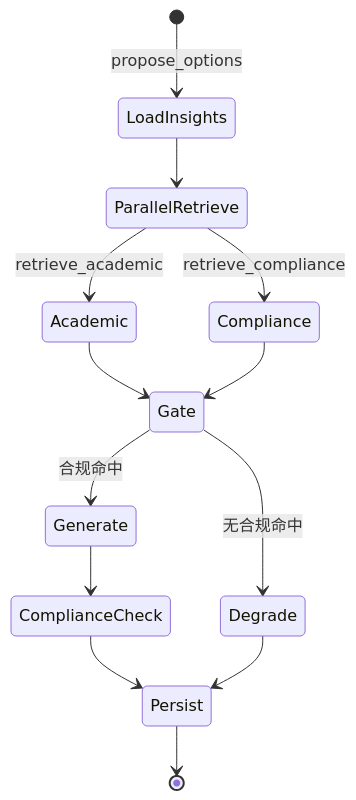
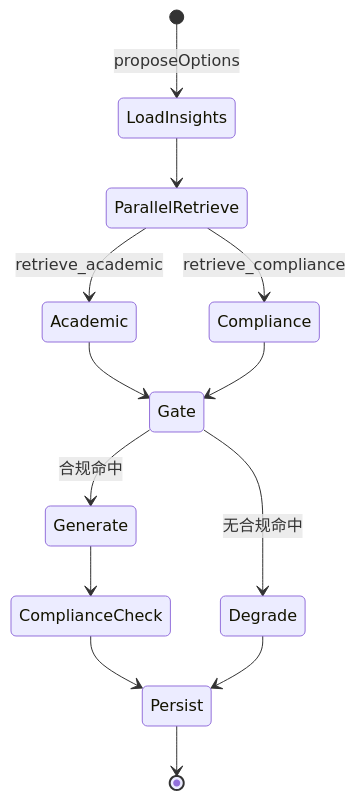
The second of 3 diagrams in specs/3.architecture.md (ethanhuangcst/hcp-engagement-agent), drawn with Mermaid before and after one commit. The commit also changed other lines of this file and 44 other files, not shown here.

First line of the commit message:
Polish MVP-4 UX and align architecture docs with the running stack.

````diff
--- a/specs/3.architecture.md
+++ b/specs/3.architecture.md
@@ -305,15 +306,15 @@
 ```mermaid
 stateDiagram-v2
-    [*] --> LoadInsights: propose_options
+    [*] --> LoadInsights: proposeOptions
     LoadInsights --> ParallelRetrieve
     ParallelRetrieve --> Academic: retrieve_academic
     ParallelRetrieve --> Compliance: retrieve_compliance
     Academic --> Gate
     Compliance --> Gate
     Gate --> Generate: 合规命中
     Gate --> Degrade: 无合规命中
     Generate --> ComplianceCheck
     ComplianceCheck --> Persist
     Degrade --> Persist
     Persist --> [*]
 ```
````
